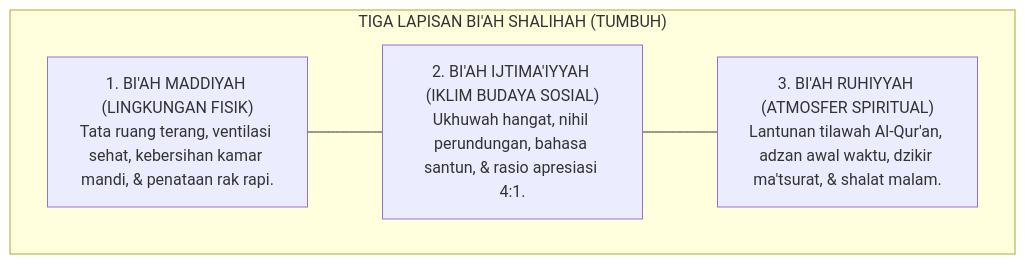
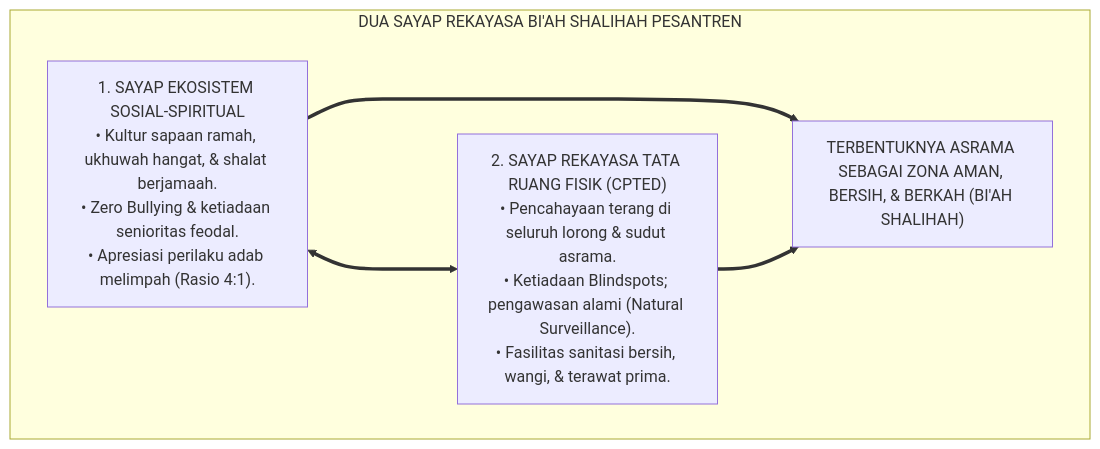
One commit to wandiapriliyandi/tumbuh changed the first of 8 diagrams in 01 Philosophy/06 Change/P1-06-03-Ekosistem-Biah-Shalihah-dan-Desain-Lingkungan.md. Above: the diagram before and after it, drawn with Mermaid. The commit also changed other lines of this file and 31 other files, not shown here.

````diff
--- a/01 Philosophy/06 Change/P1-06-03-Ekosistem-Biah-Shalihah-dan-Desain-Lingkungan.md
+++ b/01 Philosophy/06 Change/P1-06-03-Ekosistem-Biah-Shalihah-dan-Desain-Lingkungan.md
@@ -28,11 +65,14 @@
 ```mermaid
-graph TD
-    subgraph BiahTigaLapis["TIGA LAPISAN BI'AH SHALIHAH (TUMBUH)"]
-        Fisik["1. BI'AH MADDIYAH (LINGKUNGAN FISIK)<br/>Tata ruang terang, ventilasi sehat, kebersihan kamar mandi, & penataan rak rapi."]
-        Sosial["2. BI'AH IJTIMA'IYYAH (IKLIM BUDAYA SOSIAL)<br/>Ukhuwah hangat, nihil perundungan, bahasa santun, & rasio apresiasi 4:1."]
-        Spiritual["3. BI'AH RUHIYYAH (ATMOSFER SPIRITUAL)<br/>Lantunan tilawah Al-Qur'an, adzan awal waktu, dzikir ma'tsurat, & shalat malam."]
+flowchart TD
+    subgraph RekayasaBiahShalihah["DUA SAYAP REKAYASA BI'AH SHALIHAH PESANTREN"]
+        Sosial["1. SAYAP EKOSISTEM SOSIAL-SPIRITUAL<br/>• Kultur sapaan ramah, ukhuwah hangat, & shalat berjamaah.<br/>• Zero Bullying & ketiadaan senioritas feodal.<br/>• Apresiasi perilaku adab melimpah (Rasio 4:1)."]
         
-        Fisik --- Sosial
-        Sosial --- Spiritual
+        Fisik["2. SAYAP REKAYASA TATA RUANG FISIK (CPTED)<br/>• Pencahayaan terang di seluruh lorong & sudut asrama.<br/>• Ketiadaan Blindspots; pengawasan alami (Natural Surveillance).<br/>• Fasilitas sanitasi bersih, wangi, & terawat prima."]
+        
+        Sosial <===> Fisik
+        
+        Hasil["TERBENTUKNYA ASRAMA SEBAGAI ZONA AMAN, BERSIH, & BERKAH (BI'AH SHALIHAH)"]
+        
+        Sosial & Fisik ==> Hasil
     end
 ```
````
